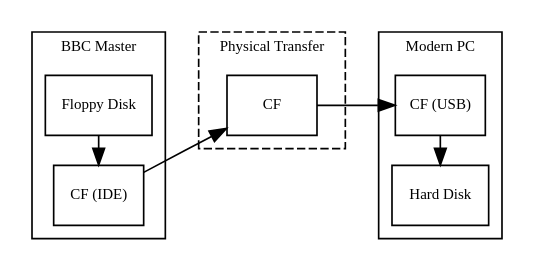
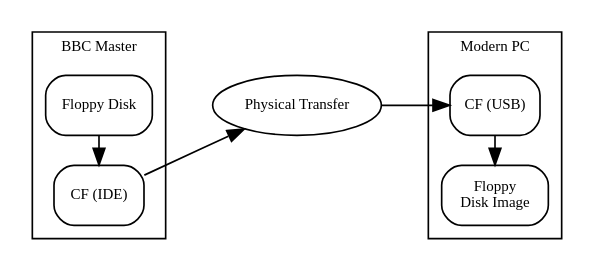
Before and after one commit to anjackson/keeping-codes: the diagram in case-studies/images/bbc-l1.dot, drawn with Graphviz. The commit also changed 40 other files, not shown here.

```diff
--- a/case-studies/images/bbc-l1.dot
+++ b/case-studies/images/bbc-l1.dot
@@ -1,41 +1,39 @@
 digraph bbc_l1 {
  graph [fontsize=9 fontname="Verdana" 
  compound=true rankdir=LR splines=true];
- node [shape=box fontsize=9 fontname="Verdana"];
+ node [shape=box fontsize=9 fontname="Verdana" style="rounded"];
  edge [fontsize=9 fontname="Verdana"];
 
  subgraph cluster_bbc {
     edge[constraint=false];
     label="BBC Master";
      rank="same"; 
      fd [label="Floppy Disk"];
      cf_ide [label="CF (IDE)"]
      fd -> cf_ide;
  }
-
- subgraph cluster_transfer {
-    style=dashed
-    label="Physical Transfer"
-    ide_usb [label="CF"]
- }
+ 
+ ide_usb [label="Physical Transfer",shape=oval]
 
  // Overall linkage:
  // Invisible edge used to align the boxes:
  fd -> ide_usb [style=invis];
  ide_usb -> cf_usb
+ edge[constraint=false];
+
  // None-aligning edge linking BBC output to the rest:
- edge[constraint=false];
  //cf_ide -> ide_usb ;
  //ide_usb -> cf_usb [lhead=cluster_pc];
  cf_ide -> ide_usb;//[ltail=cluster_bbc, lhead=cluster_transfer];// [label="Transfer CF Card"];
+
 
  subgraph cluster_pc {
     edge[constraint=false];
     label="Modern PC";
      rank="same"; 
      cf_usb [label="CF (USB)"]
-     hd [label="Hard Disk"]
-     cf_usb -> hd;
+     fdi [label="Floppy\nDisk Image"]
+     cf_usb -> fdi;
  }
 
 }
```
